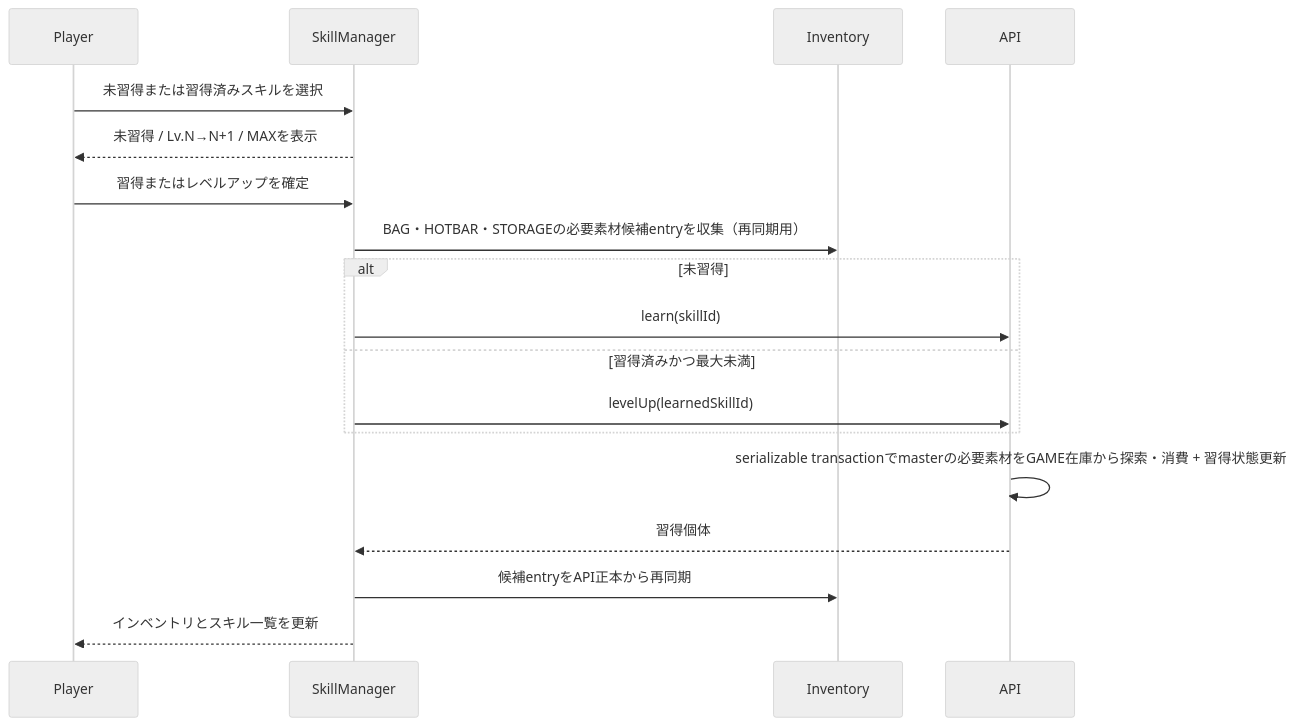
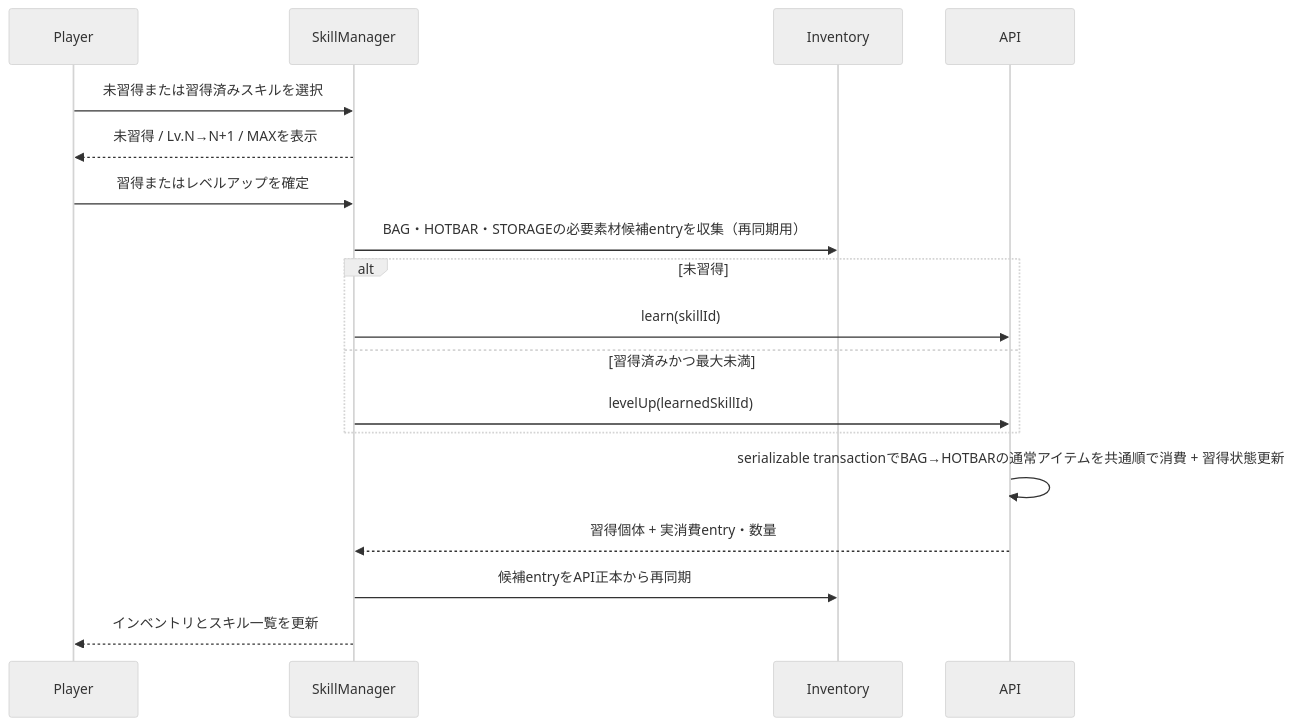
The second of 3 diagrams in 00_docs/10_Plugin設計書/feature/13-skill/4-統合フロー/13_4-スキルバインドGUI.md (maaasu/AstralRecord-Workspace), drawn with Mermaid (neutral theme) before and after one commit. The commit also changed other lines of this file and 18 other files, not shown here.

````diff
--- a/00_docs/10_Plugin設計書/feature/13-skill/4-統合フロー/13_4-スキルバインドGUI.md
+++ b/00_docs/10_Plugin設計書/feature/13-skill/4-統合フロー/13_4-スキルバインドGUI.md
@@ -38,21 +38,21 @@
 ```mermaid
 sequenceDiagram
     participant Player
     participant SkillManager
     participant Inventory
     participant API
 
     Player->>SkillManager: 未習得または習得済みスキルを選択
     SkillManager-->>Player: 未習得 / Lv.N→N+1 / MAXを表示
     Player->>SkillManager: 習得またはレベルアップを確定
     SkillManager->>Inventory: BAG・HOTBAR・STORAGEの必要素材候補entryを収集（再同期用）
     alt 未習得
         SkillManager->>API: learn(skillId)
     else 習得済みかつ最大未満
         SkillManager->>API: levelUp(learnedSkillId)
     end
-    API->>API: serializable transactionでmasterの必要素材をGAME在庫から探索・消費 + 習得状態更新
-    API-->>SkillManager: 習得個体
+    API->>API: serializable transactionでBAG→HOTBARの通常アイテムを共通順で消費 + 習得状態更新
+    API-->>SkillManager: 習得個体 + 実消費entry・数量
     SkillManager->>Inventory: 候補entryをAPI正本から再同期
     SkillManager-->>Player: インベントリとスキル一覧を更新
 ```
````
